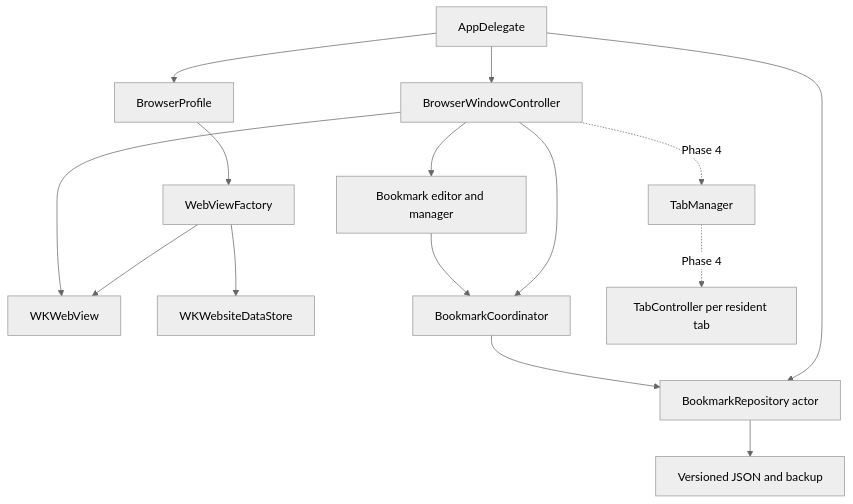
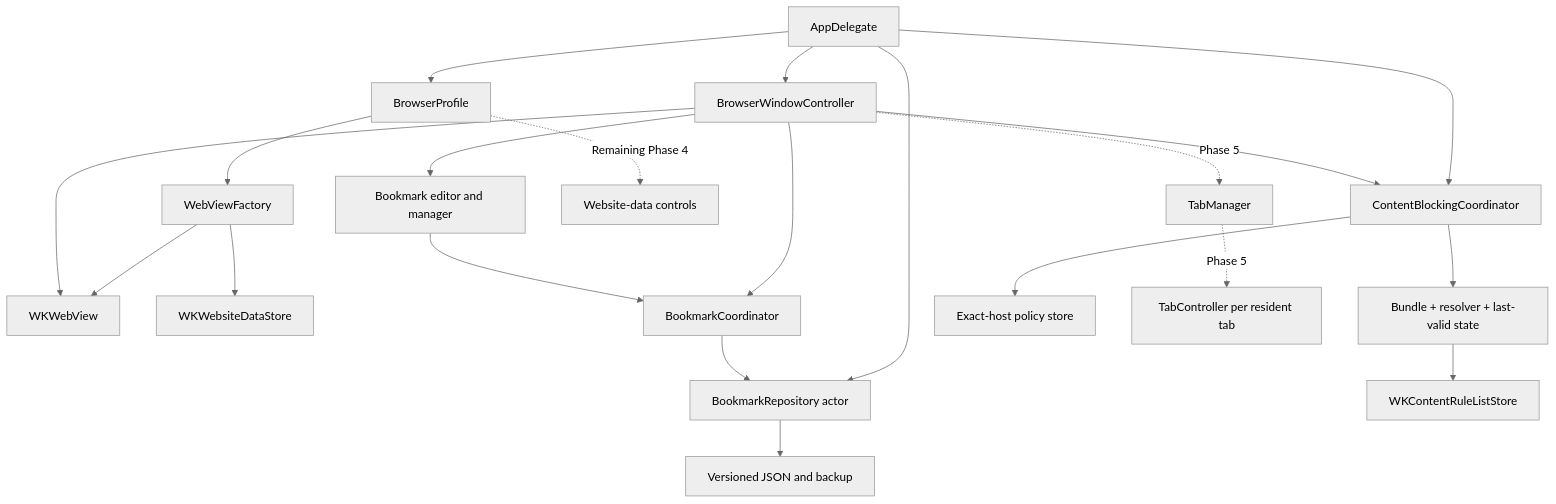
One commit to utpalchakraborty/browser changed the diagram in docs/architecture.md. Above: the diagram before and after it, drawn with Mermaid (neutral theme). The commit also changed other lines of this file and 38 other files, not shown here.

```diff
--- a/docs/architecture.md
+++ b/docs/architecture.md
@@ -98,19 +100,26 @@
 ~~~mermaid
 flowchart TD
     App[AppDelegate] --> Window[BrowserWindowController]
     App --> Profile[BrowserProfile]
     Profile --> Factory[WebViewFactory]
     Factory --> Web[WKWebView]
     Factory --> Store[WKWebsiteDataStore]
     Window --> Web
 
     App --> Repository[BookmarkRepository actor]
     Window --> Coordinator[BookmarkCoordinator]
     Window --> BookmarkUI[Bookmark editor and manager]
     BookmarkUI --> Coordinator
     Coordinator --> Repository
     Repository --> Files[Versioned JSON and backup]
 
-    Window -. Phase 4 .-> Tabs[TabManager]
-    Tabs -. Phase 4 .-> Tab[TabController per resident tab]
+    App --> Blocking[ContentBlockingCoordinator]
+    Blocking --> Resolver[Bundle + resolver + last-valid state]
+    Blocking --> SitePolicy[Exact-host policy store]
+    Resolver --> RuleStore[WKContentRuleListStore]
+    Window --> Blocking
+
+    Profile -. Remaining Phase 4 .-> PrivacyUI[Website-data controls]
+    Window -. Phase 5 .-> Tabs[TabManager]
+    Tabs -. Phase 5 .-> Tab[TabController per resident tab]
 ~~~
```
